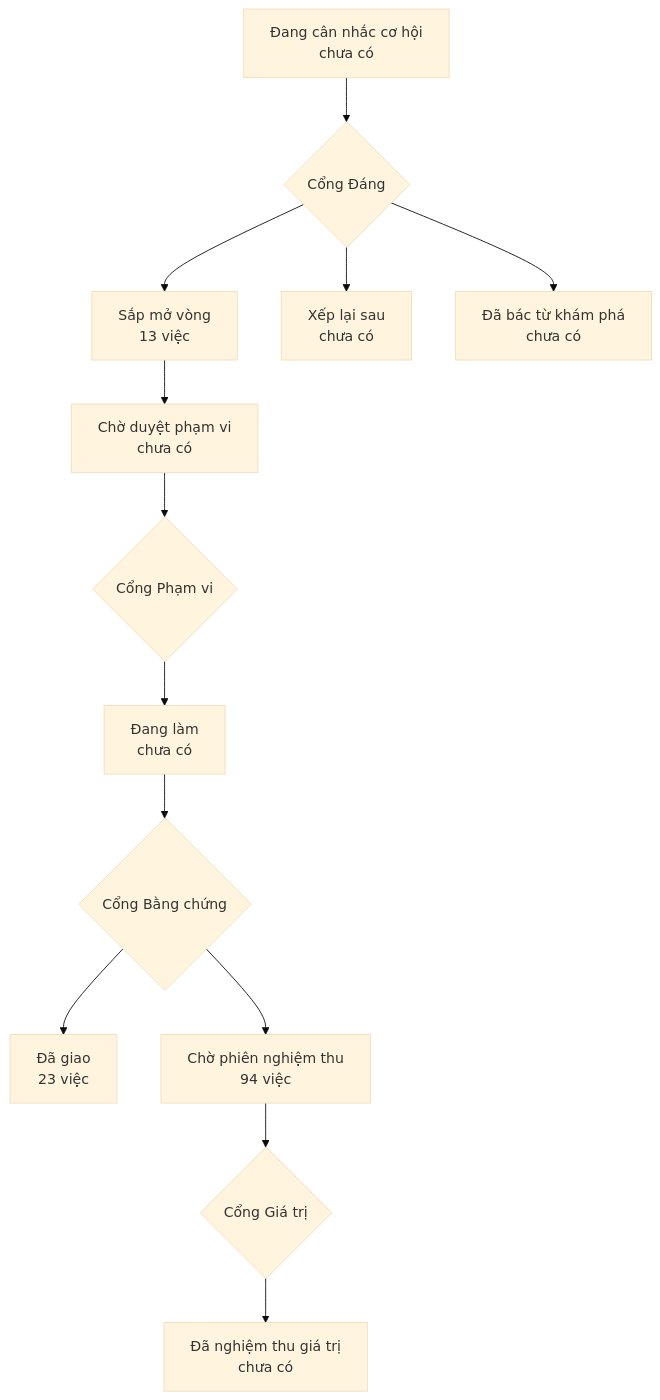
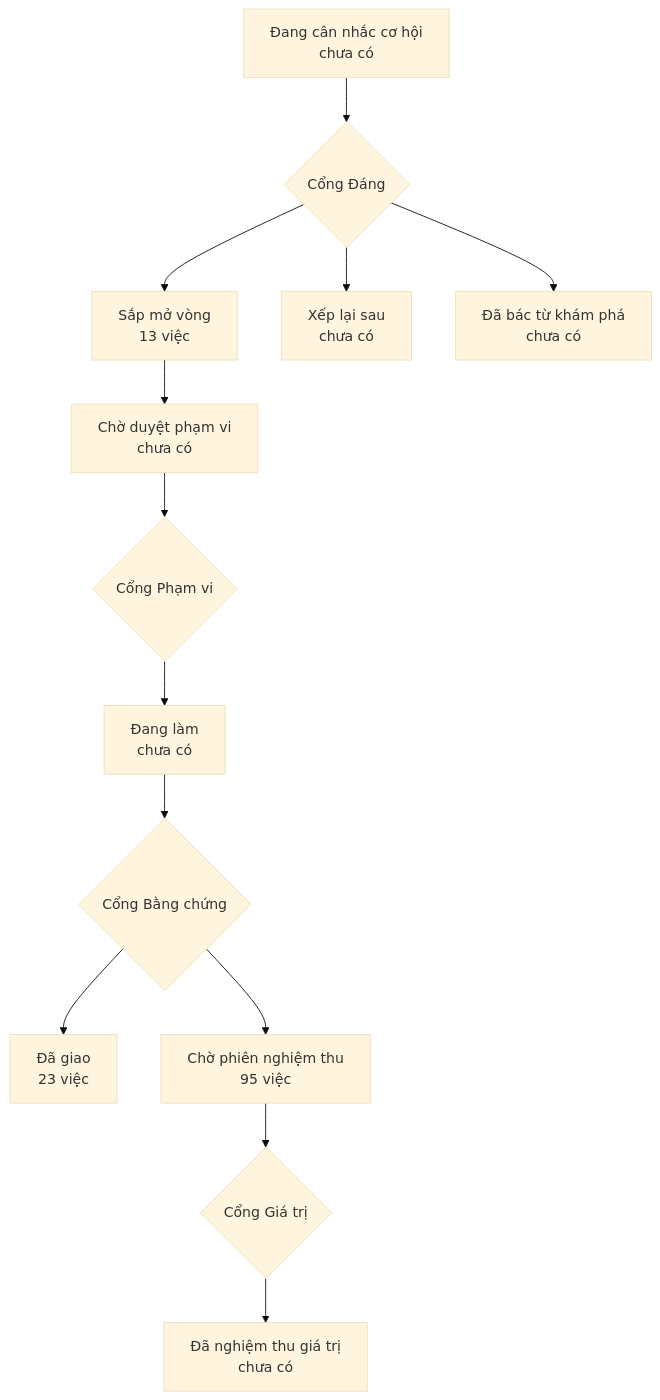
One commit to phanlemanh/onehub-quy-hang changed the diagram in PRODUCT-MAP.md. Above: the diagram before and after it, drawn with Mermaid (base theme). The commit also changed other lines of this file and 1 other file, not shown here.

Commit message:
chore: vẽ lại bản đồ sau khi gộp nhánh chính

````diff
--- a/PRODUCT-MAP.md
+++ b/PRODUCT-MAP.md
@@ -7,12 +7,12 @@
 ```mermaid
 flowchart TD
   A["Đang cân nhắc cơ hội<br/>chưa có"] --> GD{"Cổng Đáng"}
   GD --> B["Sắp mở vòng<br/>13 việc"]
   GD --> XL["Xếp lại sau<br/>chưa có"]
   GD --> DB["Đã bác từ khám phá<br/>chưa có"]
   B --> CD["Chờ duyệt phạm vi<br/>chưa có"] --> GP{"Cổng Phạm vi"}
   GP --> DL["Đang làm<br/>chưa có"] --> GB{"Cổng Bằng chứng"}
   GB --> DG["Đã giao<br/>23 việc"]
-  GB --> CN["Chờ phiên nghiệm thu<br/>94 việc"] --> GG{"Cổng Giá trị"}
+  GB --> CN["Chờ phiên nghiệm thu<br/>95 việc"] --> GG{"Cổng Giá trị"}
   GG --> NT["Đã nghiệm thu giá trị<br/>chưa có"]
 ```
````
